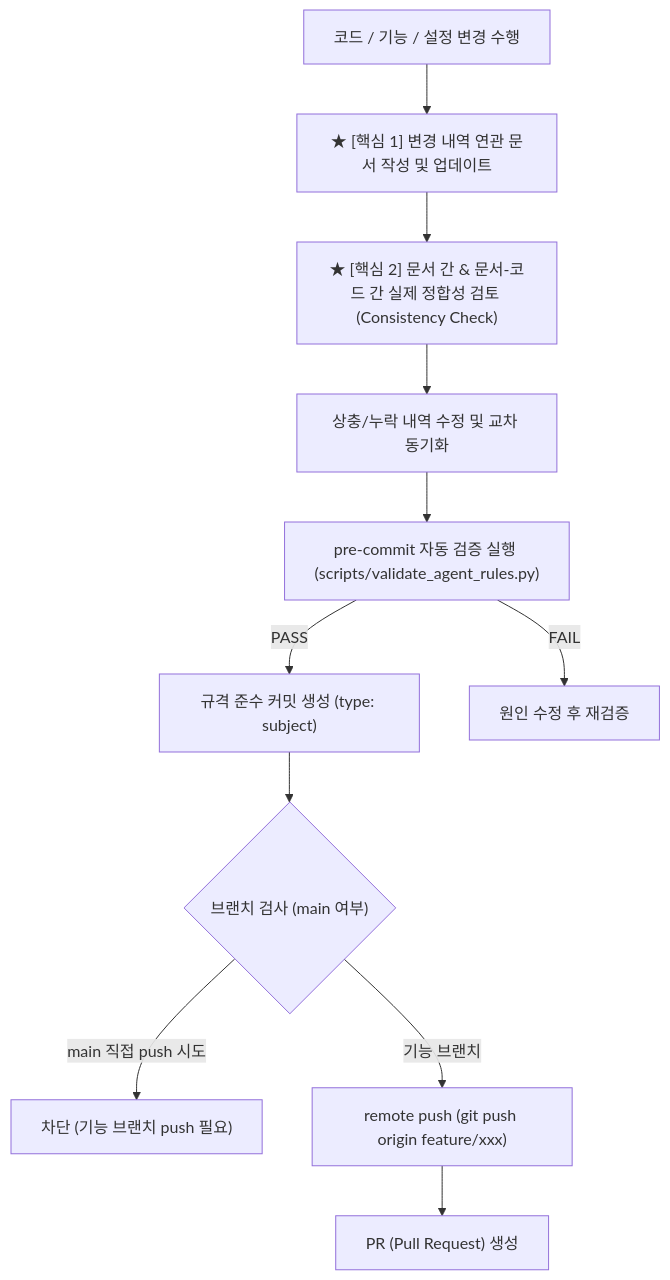
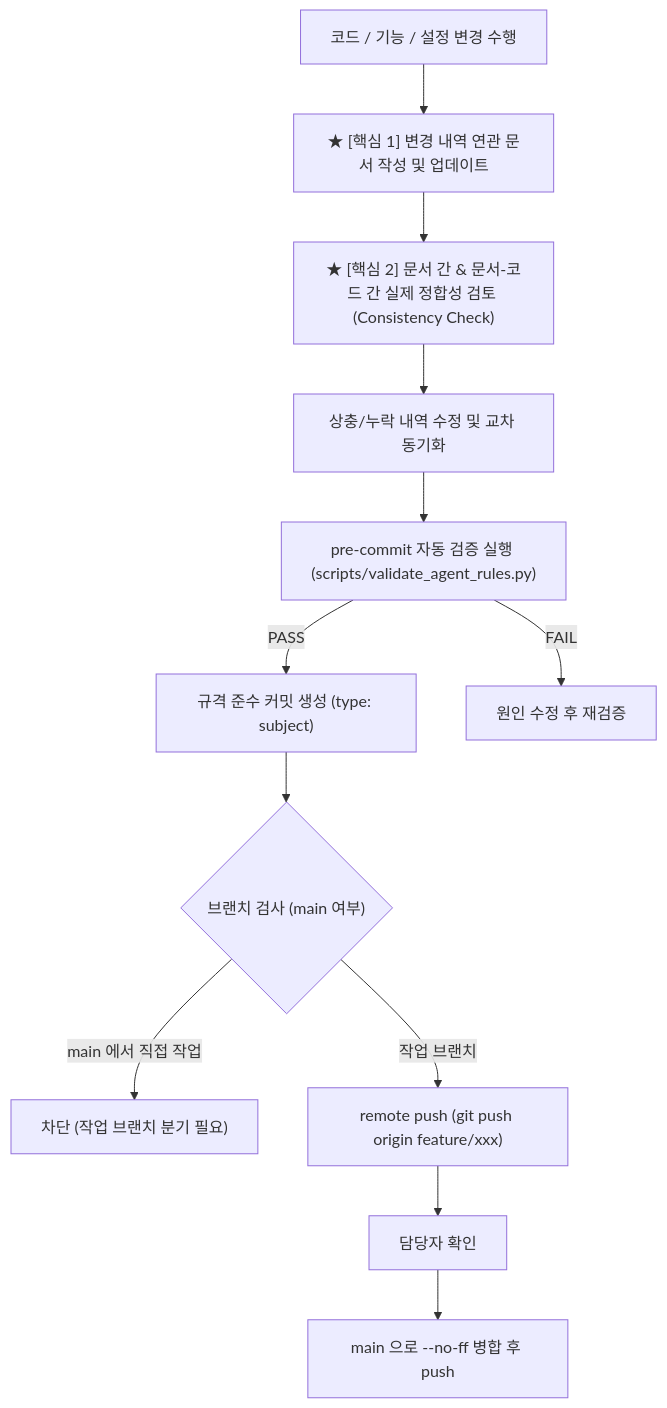
Before and after one commit to kwanbum217/refac_bid_box: the diagram in .agents/skills/git-workflow/SKILL.md, drawn with Mermaid. The commit also changed other lines of this file and 7 other files, not shown here.

````diff
--- a/.agents/skills/git-workflow/SKILL.md
+++ b/.agents/skills/git-workflow/SKILL.md
@@ -42,13 +43,14 @@
 ```mermaid
 graph TD
     A["코드 / 기능 / 설정 변경 수행"] --> B["★ [핵심 1] 변경 내역 연관 문서 작성 및 업데이트"]
     B --> C["★ [핵심 2] 문서 간 & 문서-코드 간 실제 정합성 검토 (Consistency Check)"]
     C --> D["상충/누락 내역 수정 및 교차 동기화"]
     D --> E["pre-commit 자동 검증 실행 (scripts/validate_agent_rules.py)"]
     E -- "PASS" --> F["규격 준수 커밋 생성 (type: subject)"]
     E -- "FAIL" --> G["원인 수정 후 재검증"]
     F --> H{"브랜치 검사 (main 여부)"}
-    H -- "main 직접 push 시도" --> I["차단 (기능 브랜치 push 필요)"]
-    H -- "기능 브랜치" --> J["remote push (git push origin feature/xxx)"]
-    J --> K["PR (Pull Request) 생성"]
+    H -- "main 에서 직접 작업" --> I["차단 (작업 브랜치 분기 필요)"]
+    H -- "작업 브랜치" --> J["remote push (git push origin feature/xxx)"]
+    J --> L["담당자 확인"]
+    L --> M["main 으로 --no-ff 병합 후 push"]
 ```
````
